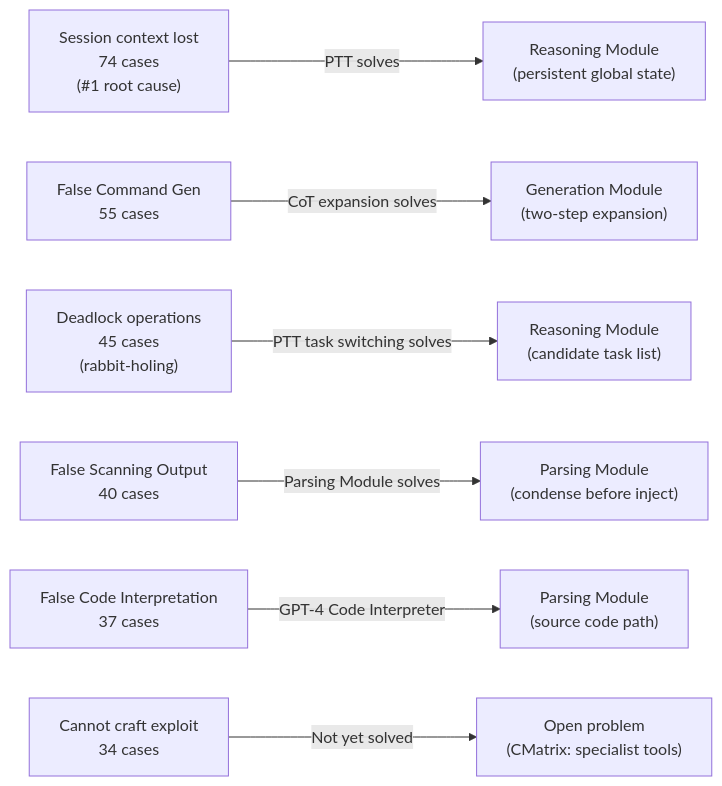
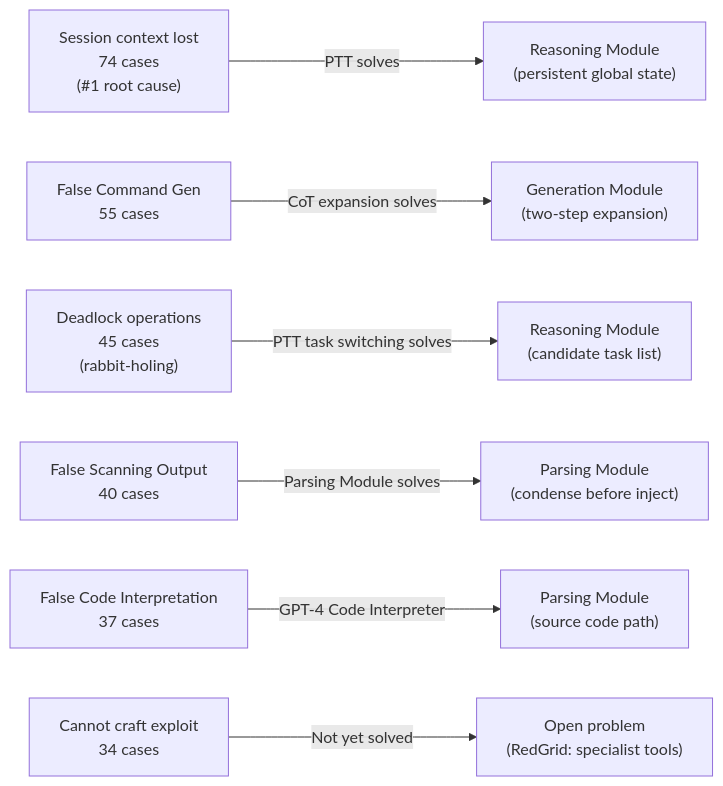
Before and after one commit to nishan-paul-hello/cmatrix-agentic-red-team: the fourth of 4 diagrams in docs/paper-research/survey-notes/10-pentestgpt-evaluating-and-harnessing-large-language-models-for-automated-penetration-testing.md, drawn with Mermaid. The commit also changed other lines of this file and 104 other files, not shown here.

````diff
--- a/docs/paper-research/survey-notes/10-pentestgpt-evaluating-and-harnessing-large-language-models-for-automated-penetration-testing.md
+++ b/docs/paper-research/survey-notes/10-pentestgpt-evaluating-and-harnessing-large-language-models-for-automated-penetration-testing.md
@@ -110,16 +110,16 @@
 ```mermaid
 flowchart LR
     F1["Session context lost\n74 cases\n(#1 root cause)"]
     F2["False Command Gen\n55 cases"]
     F3["Deadlock operations\n45 cases\n(rabbit-holing)"]
     F4["False Scanning Output\n40 cases"]
     F5["False Code Interpretation\n37 cases"]
     F6["Cannot craft exploit\n34 cases"]
 
     F1 -->|"PTT solves"| S1["Reasoning Module\n(persistent global state)"]
     F2 -->|"CoT expansion solves"| S2["Generation Module\n(two-step expansion)"]
     F3 -->|"PTT task switching solves"| S3["Reasoning Module\n(candidate task list)"]
     F4 -->|"Parsing Module solves"| S4["Parsing Module\n(condense before inject)"]
     F5 -->|"GPT-4 Code Interpreter"| S5["Parsing Module\n(source code path)"]
-    F6 -->|"Not yet solved"| S6["Open problem\n(CMatrix: specialist tools)"]
+    F6 -->|"Not yet solved"| S6["Open problem\n(RedGrid: specialist tools)"]
 ```
````
